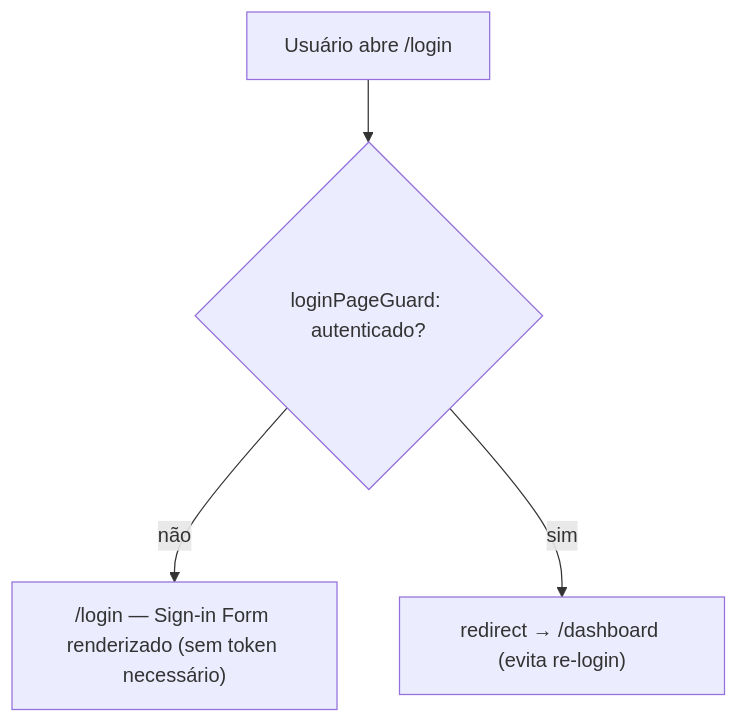
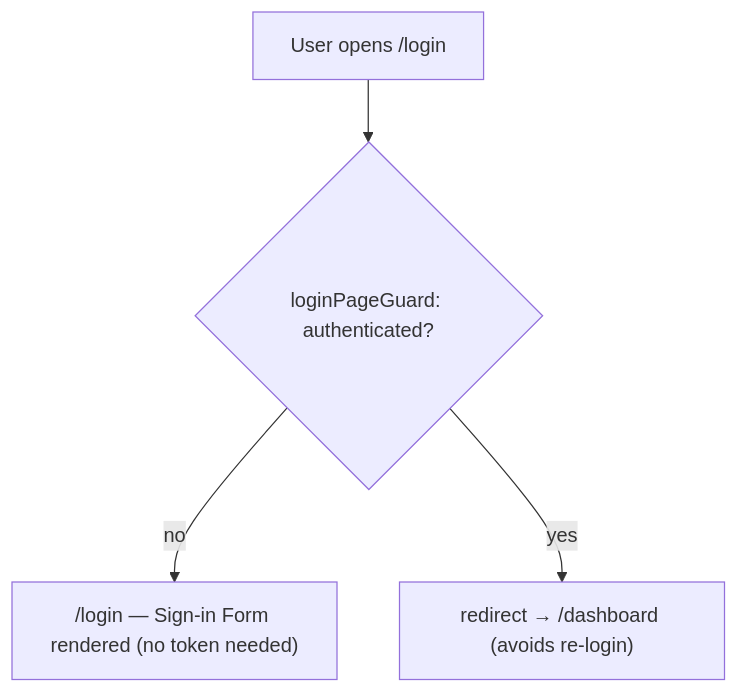
One commit to MatheusWith/Rumoo changed the fifth of 7 diagrams in docs/auth/authentication-authorization.md. Above: the diagram before and after it, drawn with Mermaid. The commit also changed other lines of this file, not shown here.

First line of the commit message:
docs: translate auth reference to English and align it with routes and token contract

````diff
--- a/docs/auth/authentication-authorization.md
+++ b/docs/auth/authentication-authorization.md
@@ -243,6 +257,6 @@
 ```mermaid
 flowchart TD
-    P["Usuário abre /login"] --> G{loginPageGuard: autenticado?}
-    G -->|"não"| H["/login — Sign-in Form renderizado (sem token necessário)"]
-    G -->|"sim"| I["redirect → /dashboard (evita re-login)"]
+    P["User opens /login"] --> G{loginPageGuard: authenticated?}
+    G -->|"no"| H["/login — Sign-in Form rendered (no token needed)"]
+    G -->|"yes"| I["redirect → /dashboard (avoids re-login)"]
 ```
````
